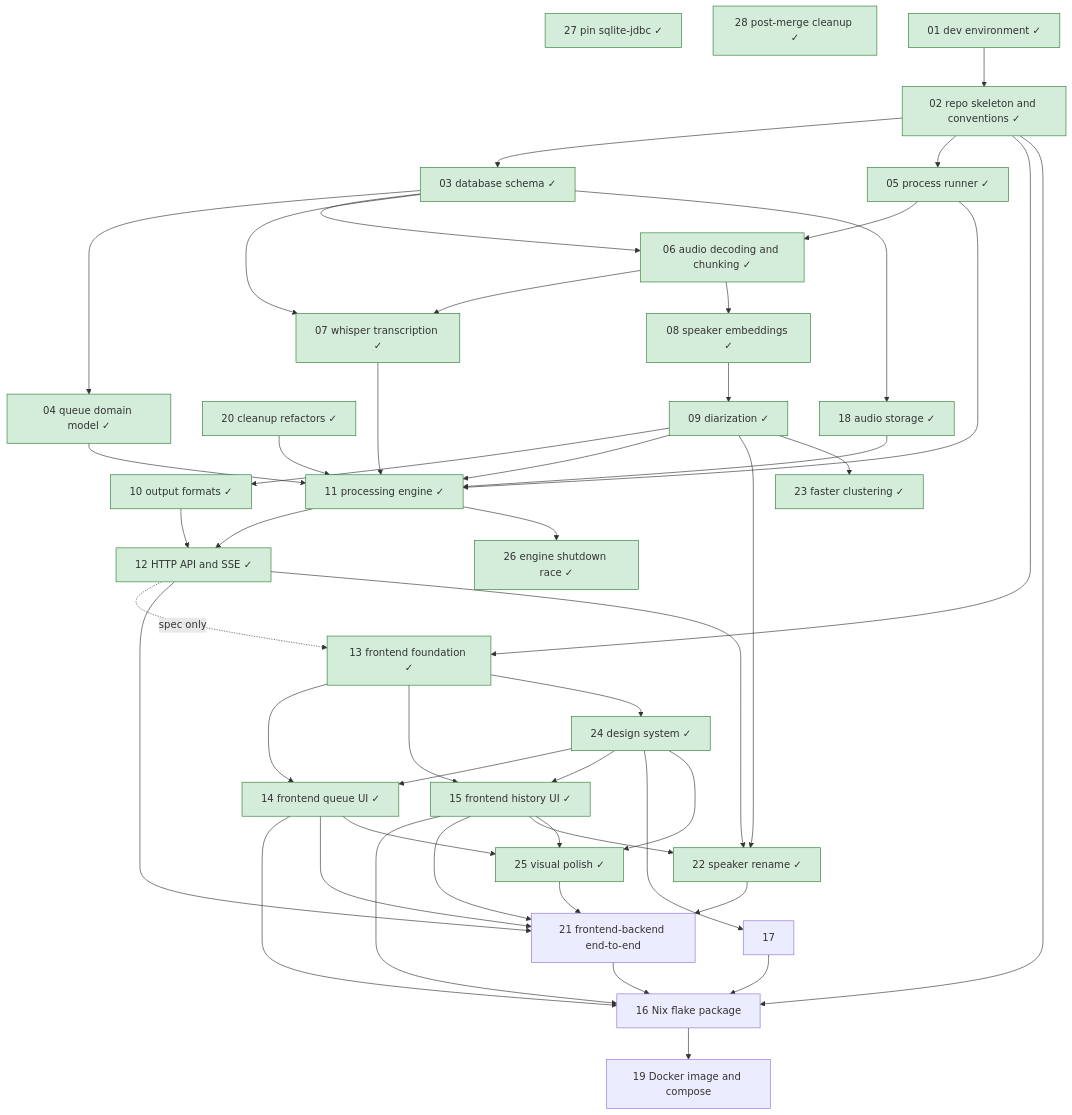
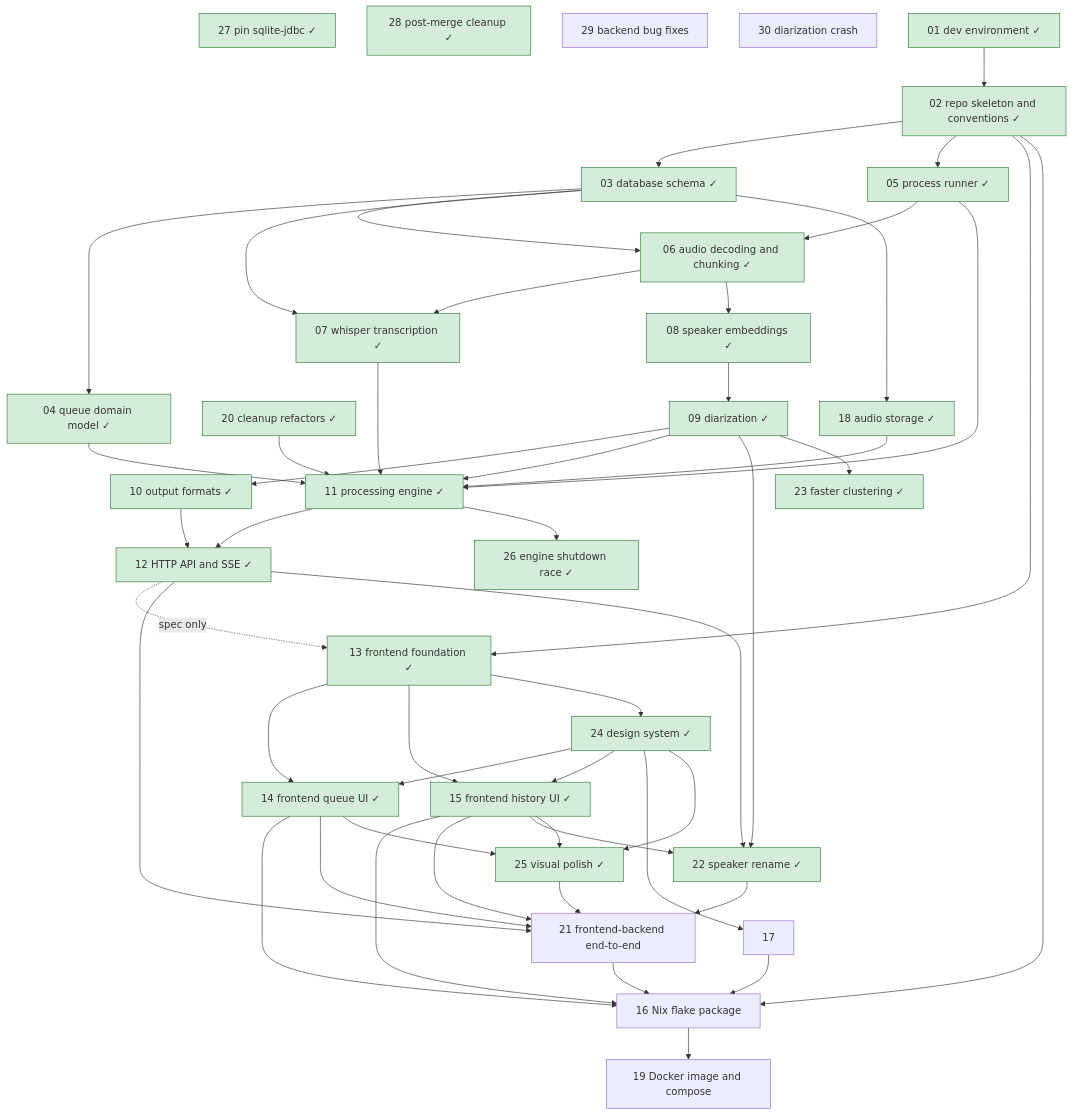
Before and after one commit to lulu-berlin/speech-to-text-app: the diagram in roadmap/README.md, drawn with Mermaid. The commit also changed other lines of this file and 2 other files, not shown here.

Commit message:
Add roadmap items 29 (post-merge bug fixes) and 30 (ORT diarization crash)

````diff
--- a/roadmap/README.md
+++ b/roadmap/README.md
@@ -17,54 +17,56 @@
 ```mermaid
 graph TD
   01[01 dev environment ✓]:::done --> 02[02 repo skeleton and conventions ✓]:::done
   02 --> 03[03 database schema ✓]:::done
   03 --> 04[04 queue domain model ✓]:::done
   02 --> 05[05 process runner ✓]:::done
   05 --> 06[06 audio decoding and chunking ✓]:::done
   03 --> 06
   06 --> 07[07 whisper transcription ✓]:::done
   03 --> 07
   06 --> 08[08 speaker embeddings ✓]:::done
   08 --> 09[09 diarization ✓]:::done
   09 --> 10[10 output formats ✓]:::done
   04 --> 11[11 processing engine ✓]:::done
   05 --> 11
   07 --> 11
   09 --> 11
   03 --> 18[18 audio storage ✓]:::done
   18 --> 11
   20 --> 11
   11 --> 12[12 HTTP API and SSE ✓]:::done
   10 --> 12
   02 --> 13[13 frontend foundation ✓]:::done
   12 -. spec only .-> 13
   13 --> 14[14 frontend queue UI ✓]:::done
   13 --> 15[15 frontend history UI ✓]:::done
   02 --> 16[16 Nix flake package]
   14 --> 16
   15 --> 16
   17 --> 16
   20[20 cleanup refactors ✓]:::done
   12 --> 21[21 frontend-backend end-to-end]
   14 --> 21
   15 --> 21
   22 --> 21
   25 --> 21
   16 --> 19[19 Docker image and compose]
   21 --> 16
   09 --> 22[22 speaker rename ✓]:::done
   12 --> 22
   15 --> 22
   09 --> 23[23 faster clustering ✓]:::done
   13 --> 24[24 design system ✓]:::done
   24 --> 14
   24 --> 15
   24 --> 17
   24 --> 25[25 visual polish ✓]:::done
   14 --> 25
   15 --> 25
   11 --> 26[26 engine shutdown race ✓]:::done
   27[27 pin sqlite-jdbc ✓]:::done
   28[28 post-merge cleanup ✓]:::done
+  29[29 backend bug fixes]
+  30[30 diarization crash]
   classDef done fill:#d4edda,stroke:#2e7d32
 ```
````
